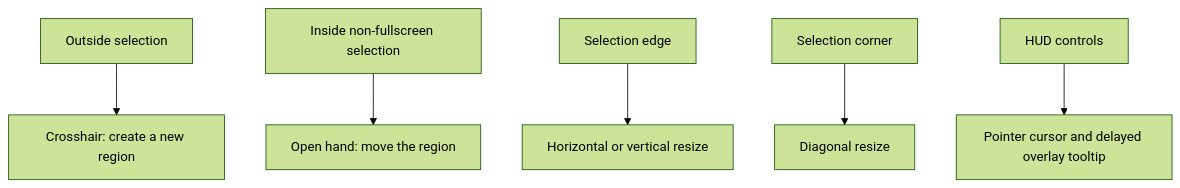
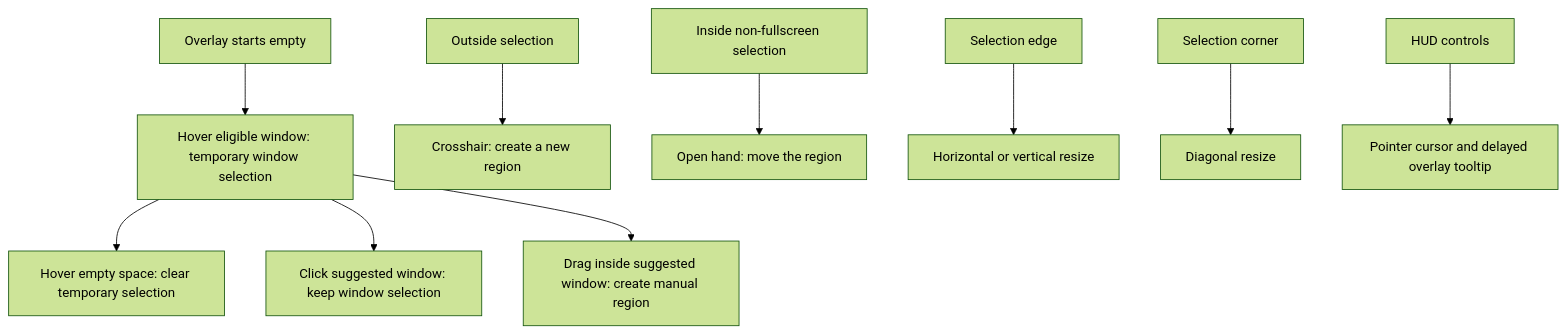
Before and after one commit to deweyou/frame: the diagram in docs/overlay-interactions.md, drawn with Mermaid (forest theme). The commit also changed other lines of this file and 19 other files, not shown here.

Commit message:
feat: refine shortcut settings and window hover selection (#30)

````diff
--- a/docs/overlay-interactions.md
+++ b/docs/overlay-interactions.md
@@ -3,8 +3,12 @@
 ```mermaid
 flowchart TD
+    Start["Overlay starts empty"] --> HoverWindow["Hover eligible window: temporary window selection"]
+    HoverWindow --> HoverEmpty["Hover empty space: clear temporary selection"]
+    HoverWindow --> Click["Click suggested window: keep window selection"]
+    HoverWindow --> DragInside["Drag inside suggested window: create manual region"]
     Outside["Outside selection"] --> Create["Crosshair: create a new region"]
     Inside["Inside non-fullscreen selection"] --> Move["Open hand: move the region"]
     Edge["Selection edge"] --> EdgeResize["Horizontal or vertical resize"]
     Corner["Selection corner"] --> CornerResize["Diagonal resize"]
     HUD["HUD controls"] --> Pointer["Pointer cursor and delayed overlay tooltip"]
 ```
````
